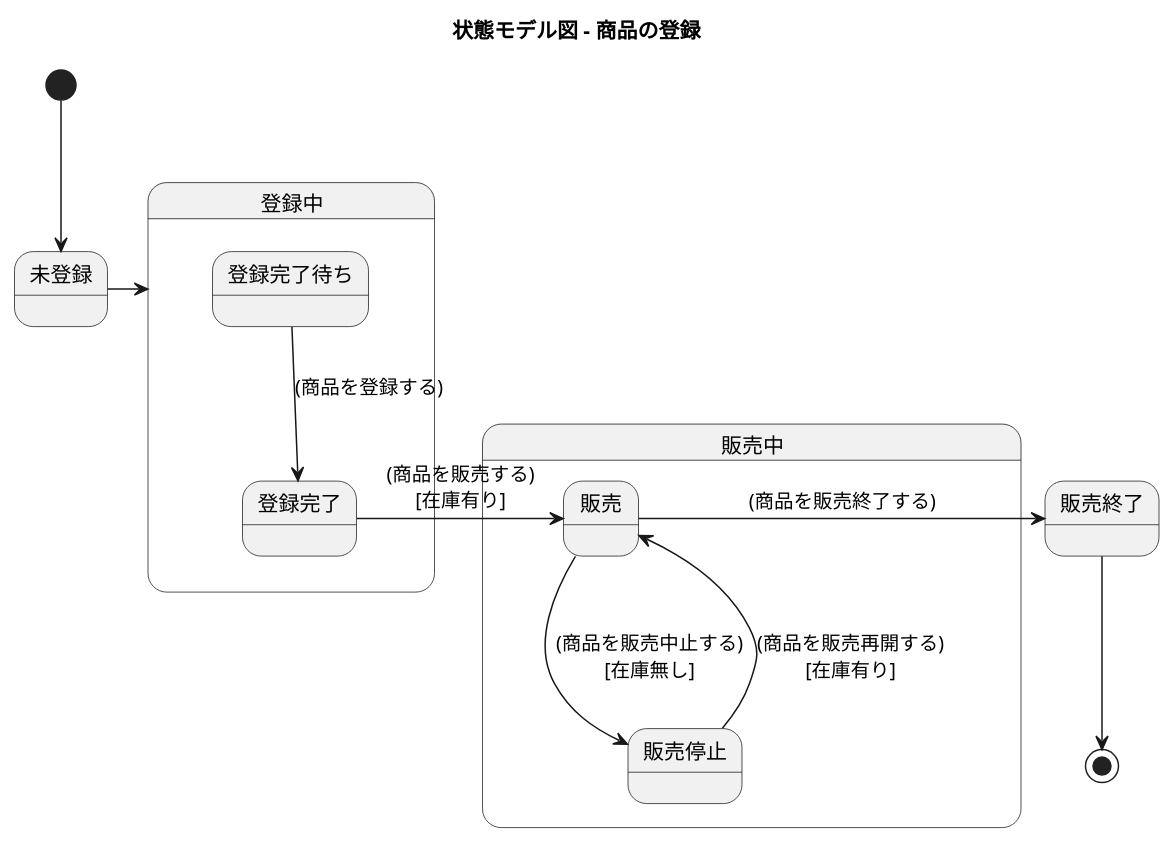
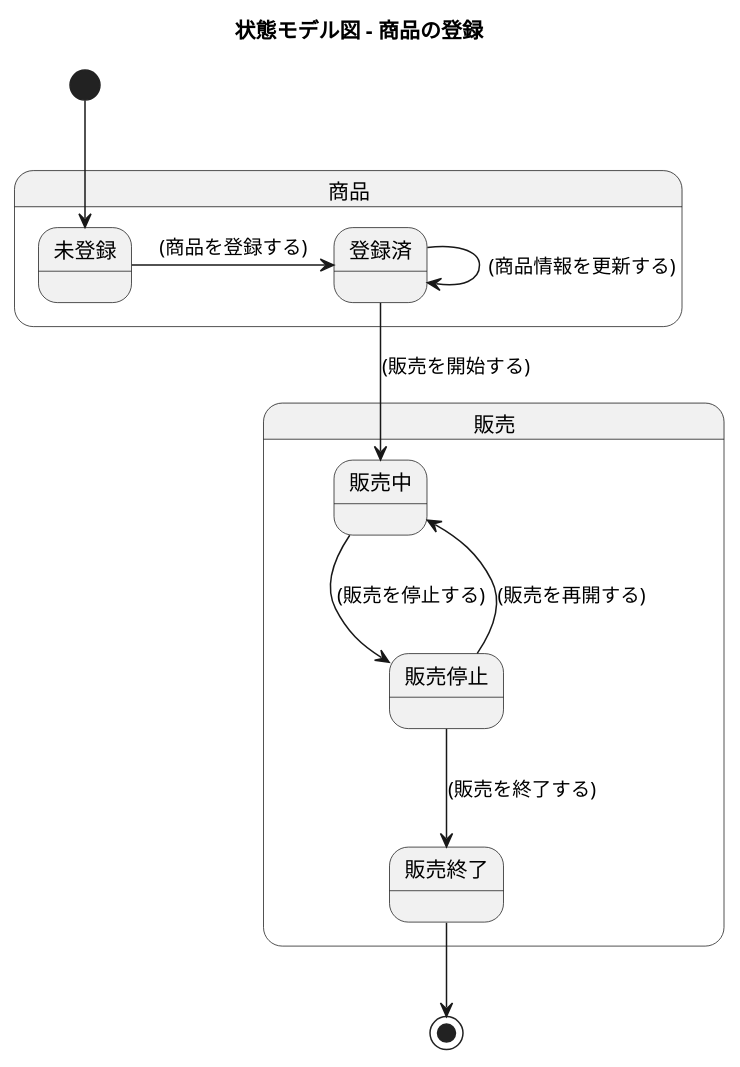
One commit to k2works/application_programing_excercise_2022 changed diagram 36 of 49 in docs/index.adoc. Above: the diagram before and after it, drawn with PlantUML. The commit also changed other lines of this file, not shown here.

```diff
--- a/docs/index.adoc
+++ b/docs/index.adoc
@@ -1169,33 +1209,28 @@
 [plantuml]
 ----
 @startuml
 
 title 状態モデル図 - 商品の登録
 
+state 商品 {
 state 未登録
-
-state 登録中 {
-state 登録完了待ち
-state 登録完了
+state 登録済
 }
 
-state 販売中 {
-state 販売
+state 販売 {
+state 販売中
 state 販売停止
+state 販売終了
 }
-state 販売終了
 
 [*] --> 未登録
-未登録 -> 登録中
-販売終了--> [*]
-
-登録完了待ち --> 登録完了: (商品を登録する)
-
-登録完了 -> 販売: (商品を販売する)\n[在庫有り]
-販売 -> 販売停止: (商品を販売中止する)\n[在庫無し]
-販売停止 --> 販売: (商品を販売再開する)\n[在庫有り]
-
-販売 -> 販売終了: (商品を販売終了する)
+未登録 -> 登録済 : (商品を登録する)
+登録済 -> 登録済 : (商品情報を更新する)
+登録済 --> 販売中 : (販売を開始する)
+販売中 --> 販売停止 : (販売を停止する)
+販売停止 --> 販売中 : (販売を再開する)
+販売停止 --> 販売終了 : (販売を終了する)
+販売終了 --> [*]
 
 @enduml
 ----
```
